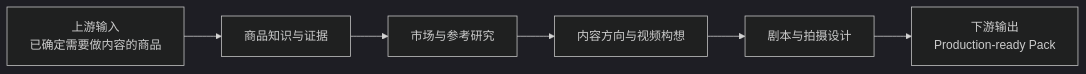
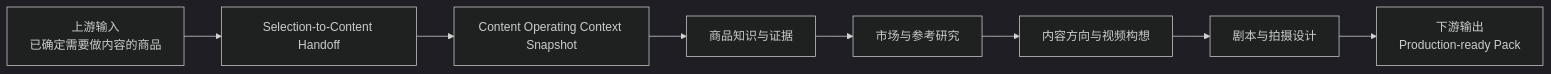
Before and after one commit to SONG-36/TK_Video_Intelligence_Workbench: the first of 2 diagrams in 03_RELEASE_1_SCOPE_AND_BOUNDARIES.md, drawn with Mermaid (dark theme). The commit also changed other lines of this file and 9 other files, not shown here.

````diff
--- a/03_RELEASE_1_SCOPE_AND_BOUNDARIES.md
+++ b/03_RELEASE_1_SCOPE_AND_BOUNDARIES.md
@@ -24,11 +26,13 @@
 ```mermaid
 flowchart LR
     UP[上游输入<br/>已确定需要做内容的商品]
+    H[Selection-to-Content Handoff]
+    COC[Content Operating Context Snapshot]
     A[商品知识与证据]
     B[市场与参考研究]
     C[内容方向与视频构想]
     D[剧本与拍摄设计]
     OUT[下游输出<br/>Production-ready Pack]
 
-    UP --> A --> B --> C --> D --> OUT
+    UP --> H --> COC --> A --> B --> C --> D --> OUT
 ```
````
